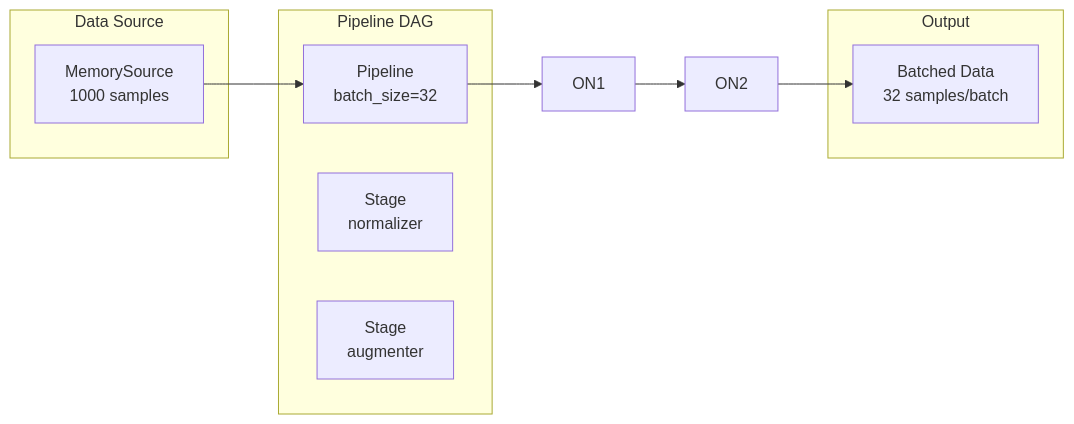
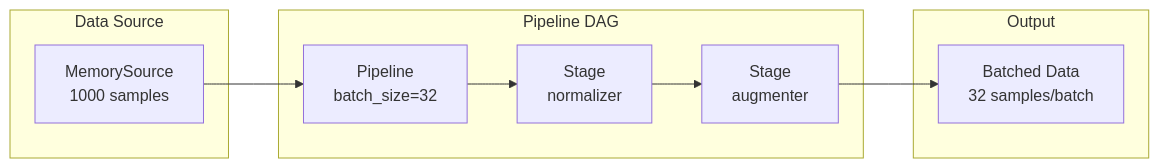
One commit to avitai/datarax changed the diagram in docs/examples/core/simple-pipeline.md. Above: the diagram before and after it, drawn with Mermaid. The commit also changed other lines of this file and 257 other files, not shown here.

````diff
--- a/docs/examples/core/simple-pipeline.md
+++ b/docs/examples/core/simple-pipeline.md
@@ -169,18 +189,18 @@
 ```mermaid
 flowchart LR
     subgraph Source["Data Source"]
         MS[MemorySource<br/>1000 samples]
     end
 
     subgraph Pipeline["Pipeline DAG"]
         FS[Pipeline<br/>batch_size=32]
         Snormalizer[Stage<br/>normalizer]
         Saugmenter[Stage<br/>augmenter]
     end
 
     subgraph Output["Output"]
         B[Batched Data<br/>32 samples/batch]
     end
 
-    MS --> FS --> ON1 --> ON2 --> B
+    MS --> FS --> Snormalizer --> Saugmenter --> B
 ```
````
